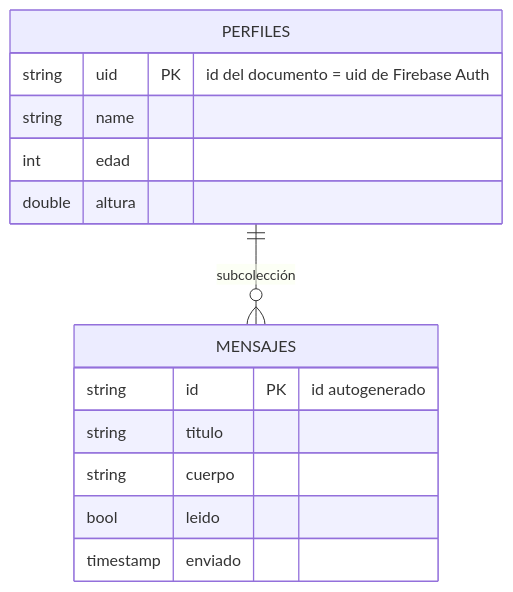
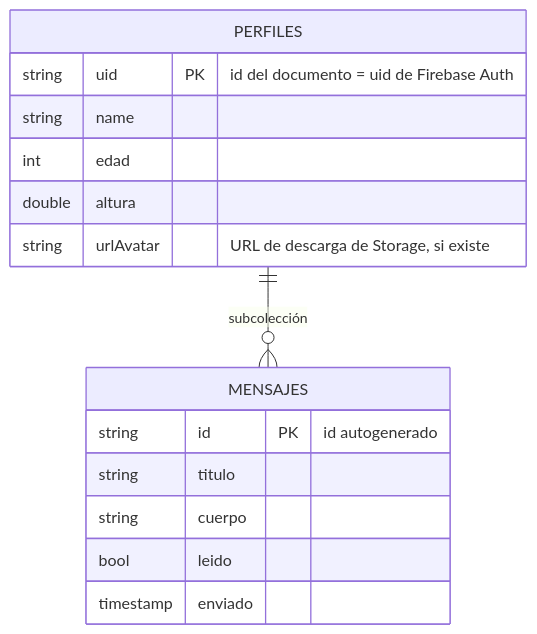
Before and after one commit to 4yony4/dam2_2627_a: the fifth of 12 diagrams in README.md, drawn with Mermaid. The commit also changed other lines of this file and 12 other files, not shown here.

````diff
--- a/README.md
+++ b/README.md
@@ -365,17 +398,18 @@
 ```mermaid
 erDiagram
     PERFILES ||--o{ MENSAJES : "subcolección"
     PERFILES {
         string uid PK "id del documento = uid de Firebase Auth"
         string name
         int edad
         double altura
+        string urlAvatar "URL de descarga de Storage, si existe"
     }
     MENSAJES {
         string id PK "id autogenerado"
         string titulo
         string cuerpo
         bool leido
         timestamp enviado
     }
 ```
````
